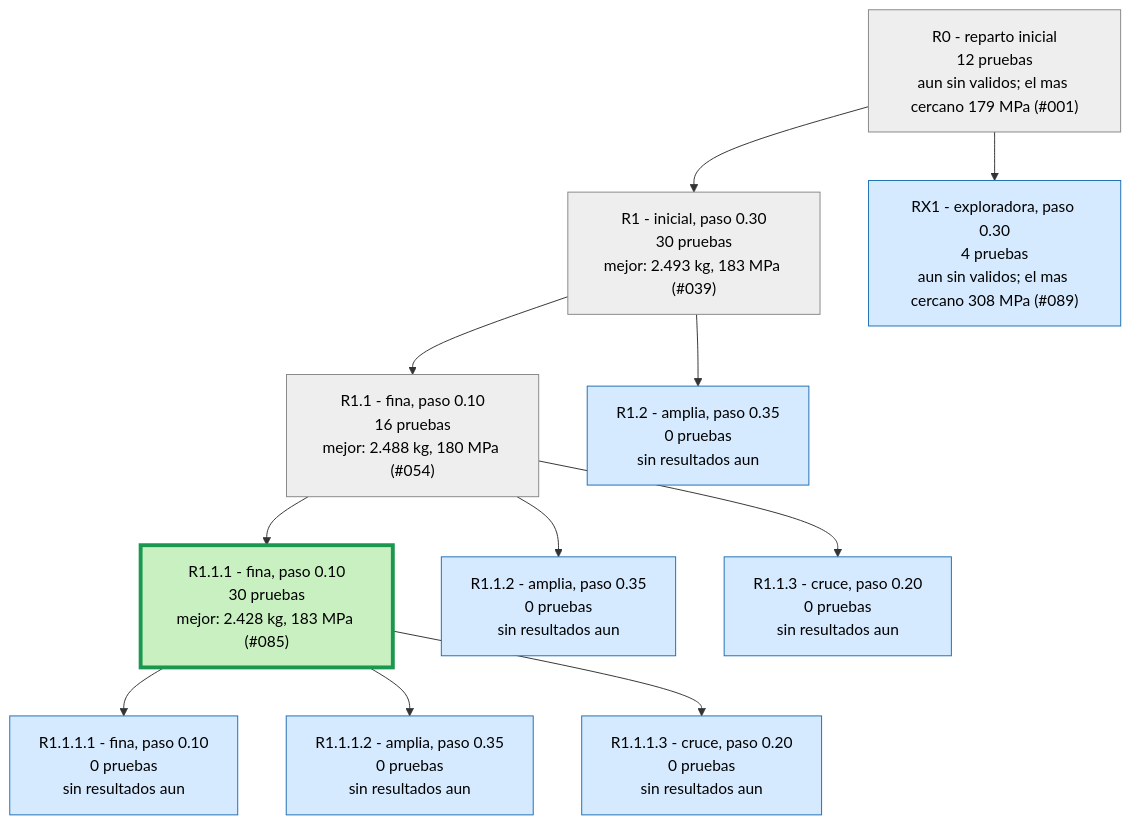
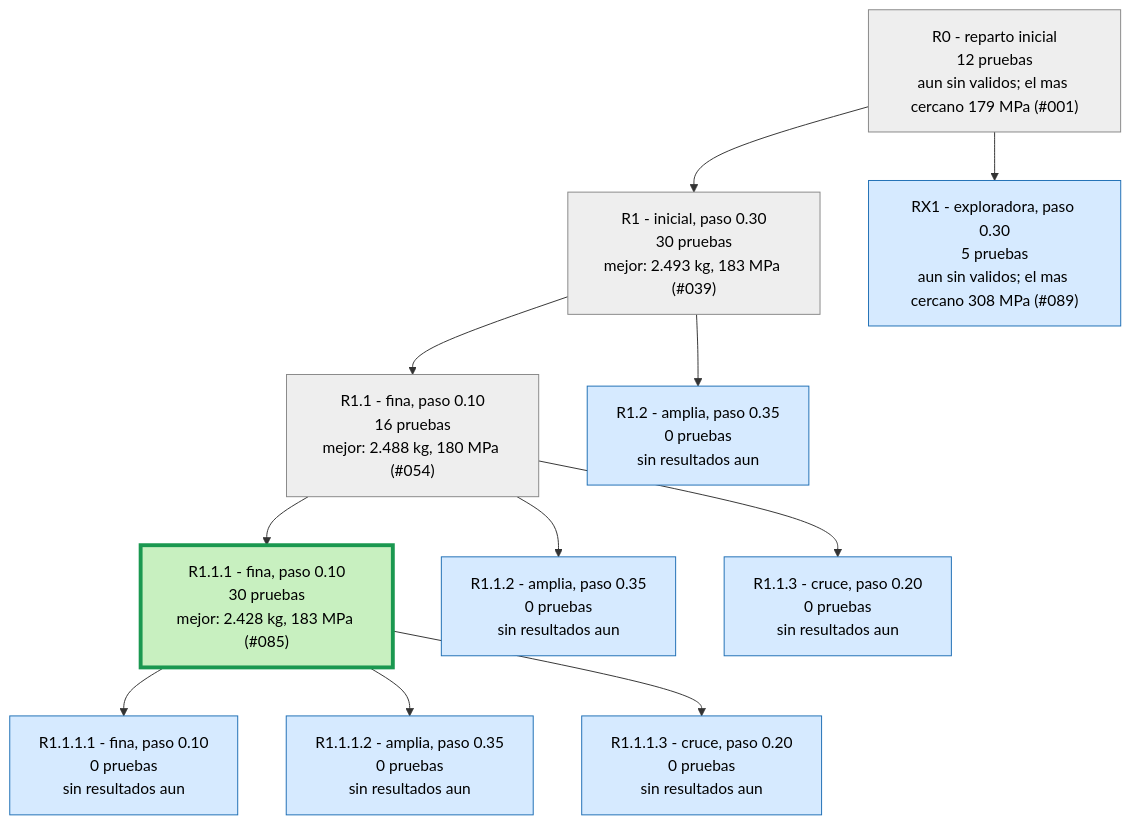
One commit to Hugiko/msd-soporte-optimizacion changed the second of 3 diagrams in runs/opt_37800N/ARBOL.md. Above: the diagram before and after it, drawn with Mermaid. The commit also changed 14 other files, not shown here.

````diff
--- a/runs/opt_37800N/ARBOL.md
+++ b/runs/opt_37800N/ARBOL.md
@@ -25,27 +25,27 @@
 ```mermaid
 graph TD
 classDef activa fill:#d6eaff,stroke:#1f6fb5,color:#000
 classDef fin fill:#eeeeee,stroke:#888,color:#000
 classDef mejor fill:#c8f0c0,stroke:#1a9850,stroke-width:4px,color:#000
 R0["R0 - reparto inicial<br/>12 pruebas<br/>aun sin validos; el mas cercano 179 MPa (#001)"]:::fin
 R1["R1 - inicial, paso 0.30<br/>30 pruebas<br/>mejor: 2.493 kg, 183 MPa (#039)"]:::fin
 R0 --> R1
 R1_1["R1.1 - fina, paso 0.10<br/>16 pruebas<br/>mejor: 2.488 kg, 180 MPa (#054)"]:::fin
 R1 --> R1_1
 R1_2["R1.2 - amplia, paso 0.35<br/>0 pruebas<br/>sin resultados aun"]:::activa
 R1 --> R1_2
 R1_1_1["R1.1.1 - fina, paso 0.10<br/>30 pruebas<br/>mejor: 2.428 kg, 183 MPa (#085)"]:::mejor
 R1_1 --> R1_1_1
 R1_1_2["R1.1.2 - amplia, paso 0.35<br/>0 pruebas<br/>sin resultados aun"]:::activa
 R1_1 --> R1_1_2
 R1_1_3["R1.1.3 - cruce, paso 0.20<br/>0 pruebas<br/>sin resultados aun"]:::activa
 R1_1 --> R1_1_3
 R1_1_1_1["R1.1.1.1 - fina, paso 0.10<br/>0 pruebas<br/>sin resultados aun"]:::activa
 R1_1_1 --> R1_1_1_1
 R1_1_1_2["R1.1.1.2 - amplia, paso 0.35<br/>0 pruebas<br/>sin resultados aun"]:::activa
 R1_1_1 --> R1_1_1_2
 R1_1_1_3["R1.1.1.3 - cruce, paso 0.20<br/>0 pruebas<br/>sin resultados aun"]:::activa
 R1_1_1 --> R1_1_1_3
-RX1["RX1 - exploradora, paso 0.30<br/>4 pruebas<br/>aun sin validos; el mas cercano 308 MPa (#089)"]:::activa
+RX1["RX1 - exploradora, paso 0.30<br/>5 pruebas<br/>aun sin validos; el mas cercano 308 MPa (#089)"]:::activa
 R0 --> RX1
 ```
````
